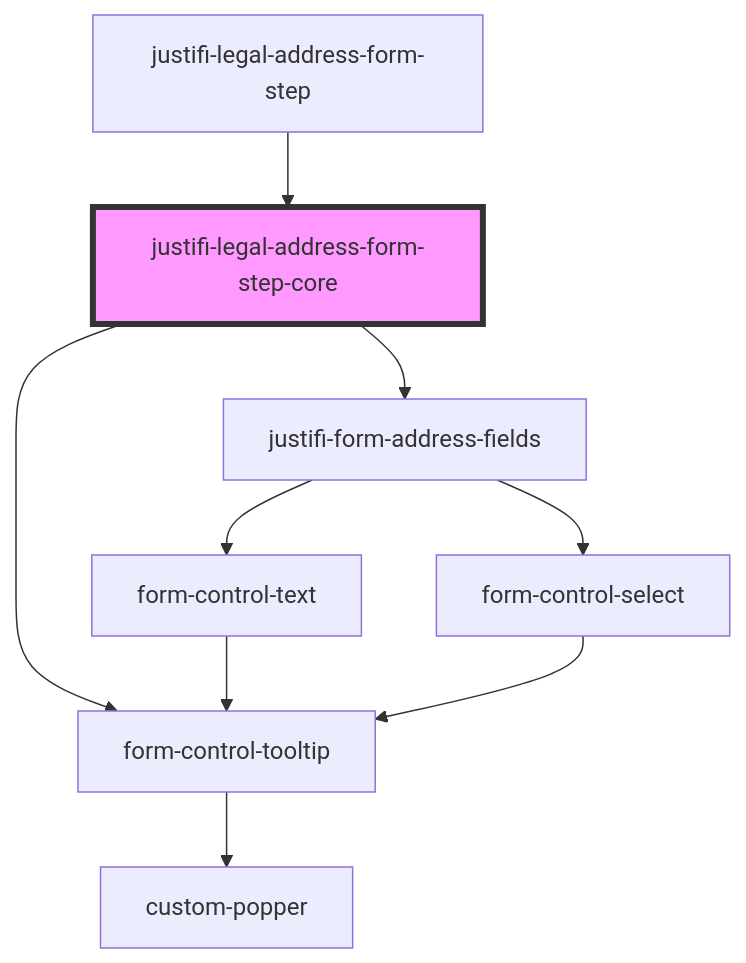
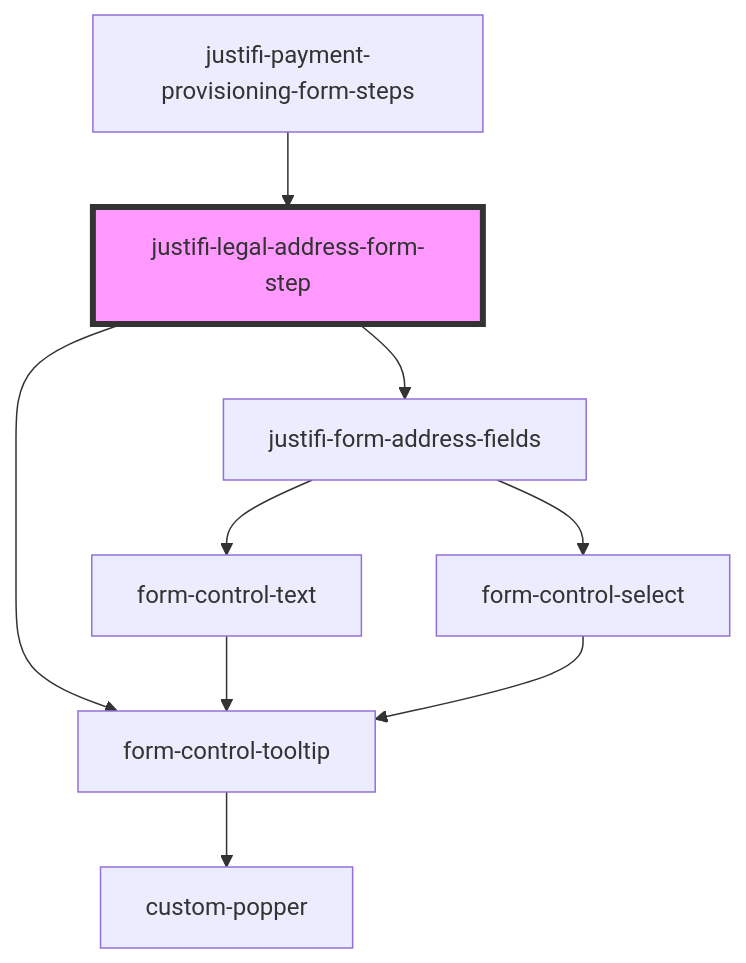
Before and after one commit to justifi-tech/web-component-library: the diagram in packages/webcomponents/src/components/business-forms/payment-provisioning/legal-address-form/readme.md, drawn with Mermaid. The commit also changed other lines of this file and 11 other files, not shown here.

First line of the commit message:
enhancement: Remove core component from Payment Provisioning steps components (#1198)

````diff
--- a/packages/webcomponents/src/components/business-forms/payment-provisioning/legal-address-form/readme.md
+++ b/packages/webcomponents/src/components/business-forms/payment-provisioning/legal-address-form/readme.md
@@ -58,12 +58,12 @@
 ```mermaid
 graph TD;
-  justifi-legal-address-form-step-core --> form-control-tooltip
-  justifi-legal-address-form-step-core --> justifi-form-address-fields
+  justifi-legal-address-form-step --> form-control-tooltip
+  justifi-legal-address-form-step --> justifi-form-address-fields
   form-control-tooltip --> custom-popper
   justifi-form-address-fields --> form-control-text
   justifi-form-address-fields --> form-control-select
   form-control-text --> form-control-tooltip
   form-control-select --> form-control-tooltip
-  justifi-legal-address-form-step --> justifi-legal-address-form-step-core
-  style justifi-legal-address-form-step-core fill:#f9f,stroke:#333,stroke-width:4px
+  justifi-payment-provisioning-form-steps --> justifi-legal-address-form-step
+  style justifi-legal-address-form-step fill:#f9f,stroke:#333,stroke-width:4px
 ```
````
